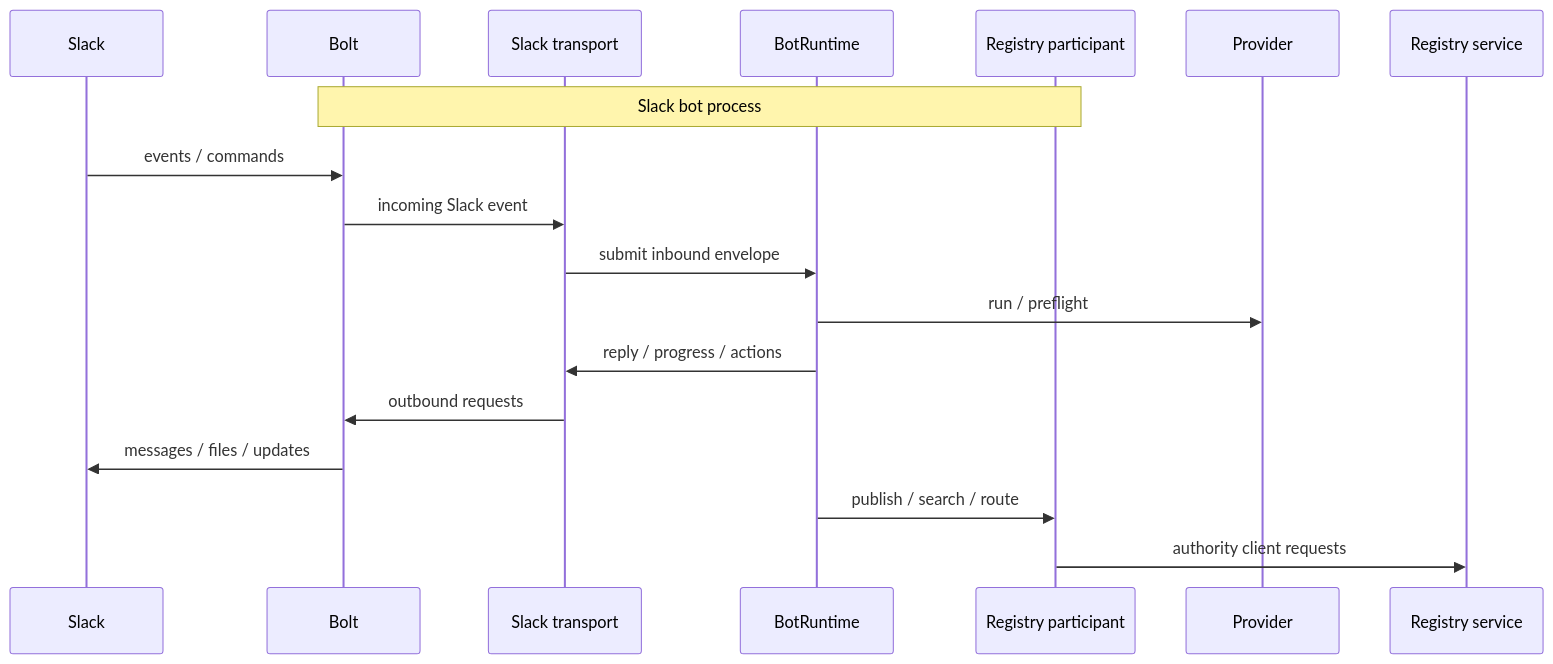
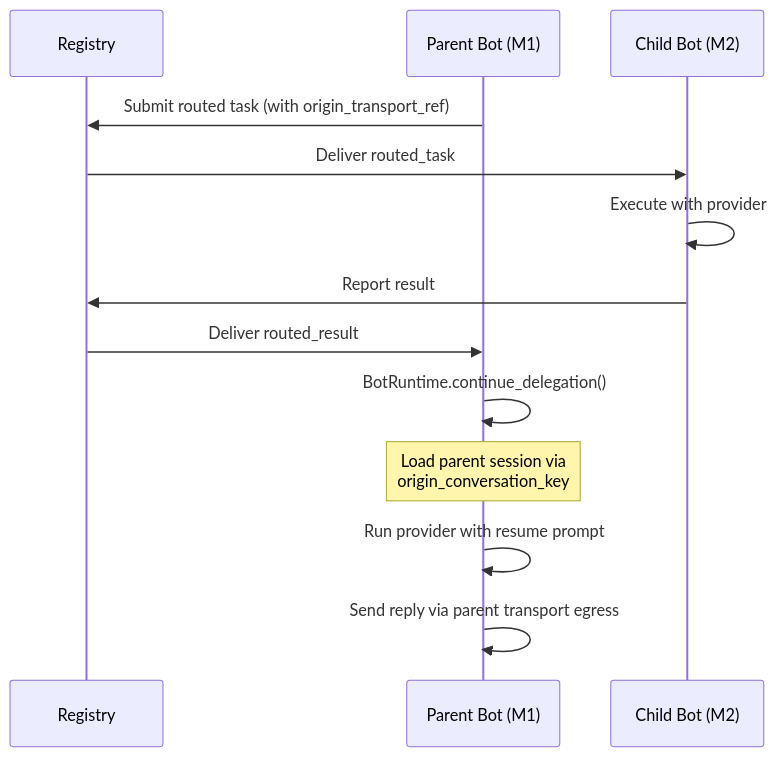
The fifth of 8 diagrams in ARCHITECTURE.md (privacynow/octopus), drawn with Mermaid before and after one commit. The commit also changed other lines of this file, not shown here.

````diff
--- a/ARCHITECTURE.md
+++ b/ARCHITECTURE.md
@@ -393,21 +265,16 @@
 ```mermaid
 sequenceDiagram
-    participant S as Slack
-    participant Bolt as Bolt
-    participant Transport as Slack transport
-    participant Runtime as BotRuntime
-    participant RegPart as Registry participant
-    participant Provider as Provider
-    participant Registry as Registry service
+    participant Registry
+    participant ParentBot as Parent Bot (M1)
+    participant ChildBot as Child Bot (M2)
 
-    Note over Bolt,RegPart: Slack bot process
-    S->>Bolt: events / commands
-    Bolt->>Transport: incoming Slack event
-    Transport->>Runtime: submit inbound envelope
-    Runtime->>Provider: run / preflight
-    Runtime->>Transport: reply / progress / actions
-    Transport->>Bolt: outbound requests
-    Bolt->>S: messages / files / updates
-    Runtime->>RegPart: publish / search / route
-    RegPart->>Registry: authority client requests
+    ParentBot->>Registry: Submit routed task (with origin_transport_ref)
+    Registry->>ChildBot: Deliver routed_task
+    ChildBot->>ChildBot: Execute with provider
+    ChildBot->>Registry: Report result
+    Registry->>ParentBot: Deliver routed_result
+    ParentBot->>ParentBot: BotRuntime.continue_delegation()
+    Note over ParentBot: Load parent session via<br/>origin_conversation_key
+    ParentBot->>ParentBot: Run provider with resume prompt
+    ParentBot->>ParentBot: Send reply via parent transport egress
 ```
````
